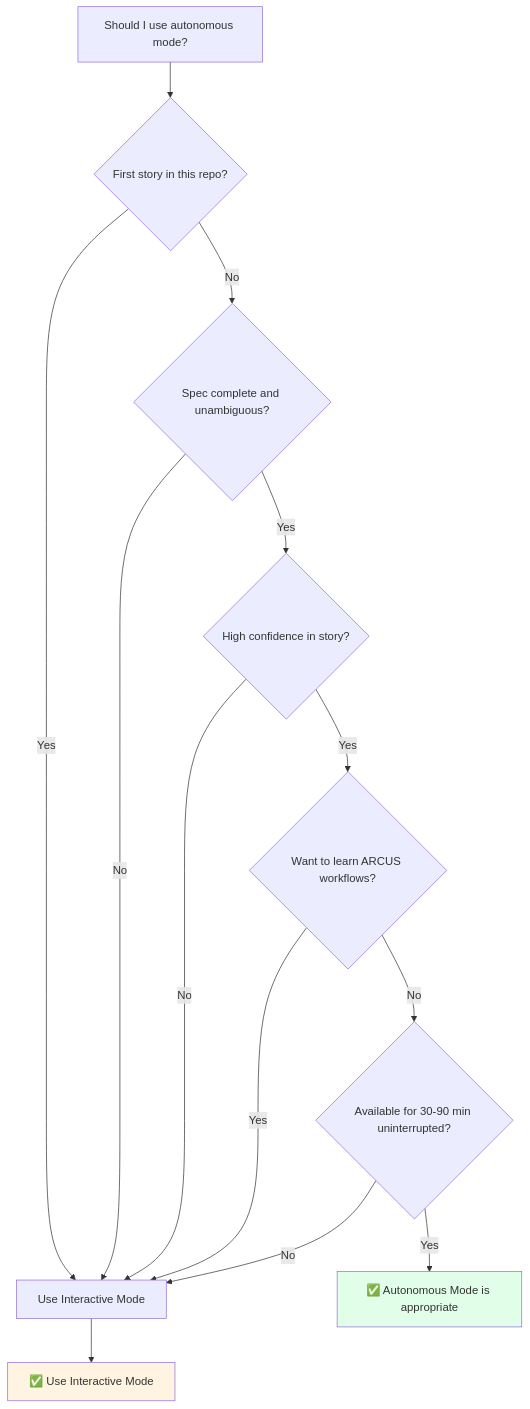
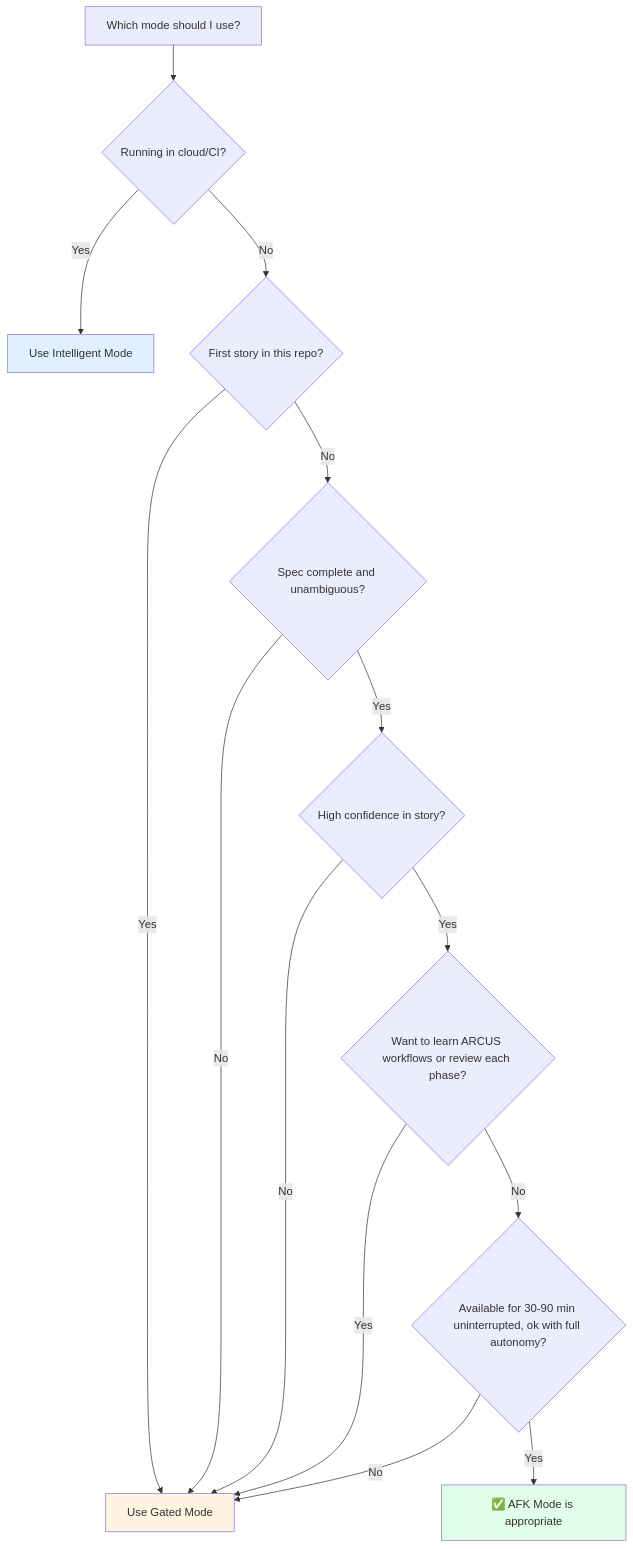
One commit to piyushbhargava1412/arcus-plugin changed the diagram in plugins/arcus/skills/arcus-guide/assets/modes-explained.md. Above: the diagram before and after it, drawn with Mermaid. The commit also changed other lines of this file and 28 other files, not shown here.

````diff
--- a/plugins/arcus/skills/arcus-guide/assets/modes-explained.md
+++ b/plugins/arcus/skills/arcus-guide/assets/modes-explained.md
@@ -33,19 +93,20 @@
 ```mermaid
 graph TD
-    A[Should I use autonomous mode?] --> B{First story in this repo?}
-    B -->|Yes| C[Use Interactive Mode]
-    B -->|No| D{Spec complete and unambiguous?}
-    D -->|No| C
+    A[Which mode should I use?] --> B{Running in cloud/CI?}
+    B -->|Yes| CI[Use Intelligent Mode]
+    B -->|No| C{First story in this repo?}
+    C -->|Yes| G[Use Gated Mode]
+    C -->|No| D{Spec complete and unambiguous?}
+    D -->|No| G
     D -->|Yes| E{High confidence in story?}
-    E -->|No| C
-    E -->|Yes| F{Want to learn ARCUS workflows?}
-    F -->|Yes| C
-    F -->|No| G{Available for 30-90 min uninterrupted?}
-    G -->|No| C
-    G -->|Yes| H[✅ Autonomous Mode is appropriate]
-    
-    C --> I[✅ Use Interactive Mode]
-    
-    style H fill:#e1ffe8
-    style I fill:#fff4e1
+    E -->|No| G
+    E -->|Yes| F{Want to learn ARCUS workflows or review each phase?}
+    F -->|Yes| G
+    F -->|No| H{Available for 30-90 min uninterrupted, ok with full autonomy?}
+    H -->|No| G
+    H -->|Yes| AFK[✅ AFK Mode is appropriate]
+
+    style AFK fill:#e1ffe8
+    style G fill:#fff4e1
+    style CI fill:#e1f0ff
 ```
````
